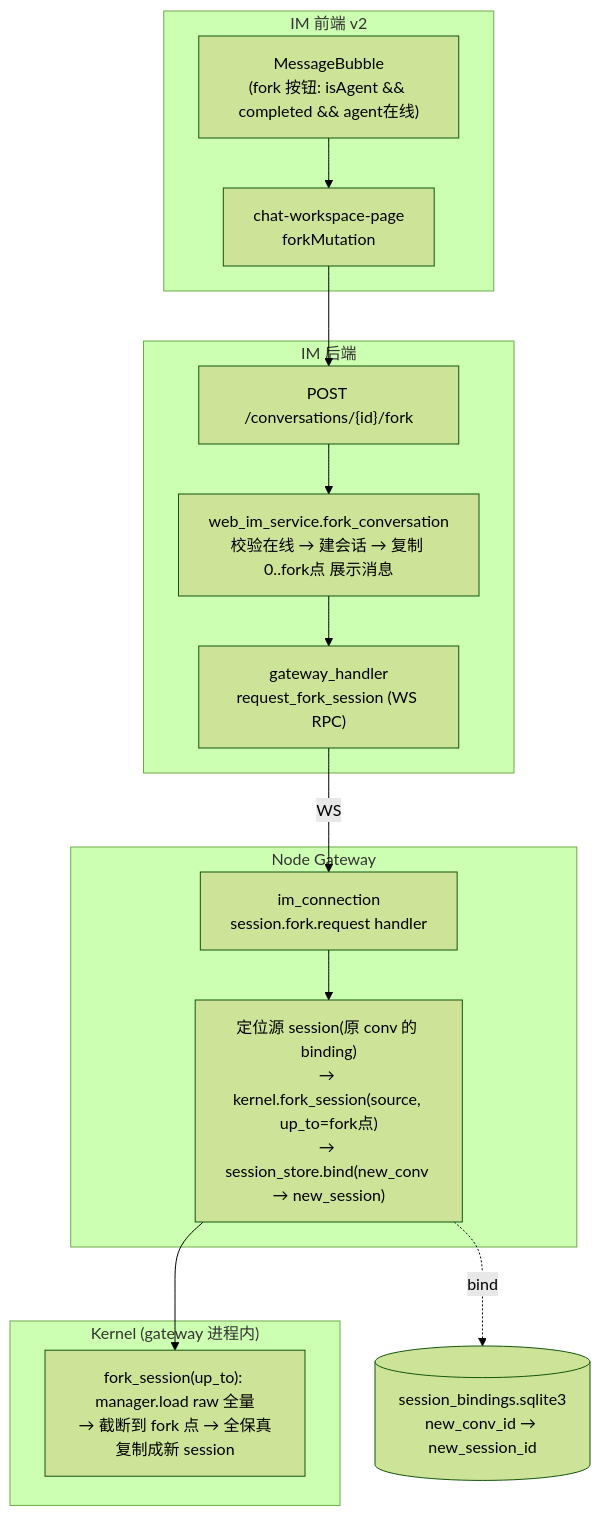
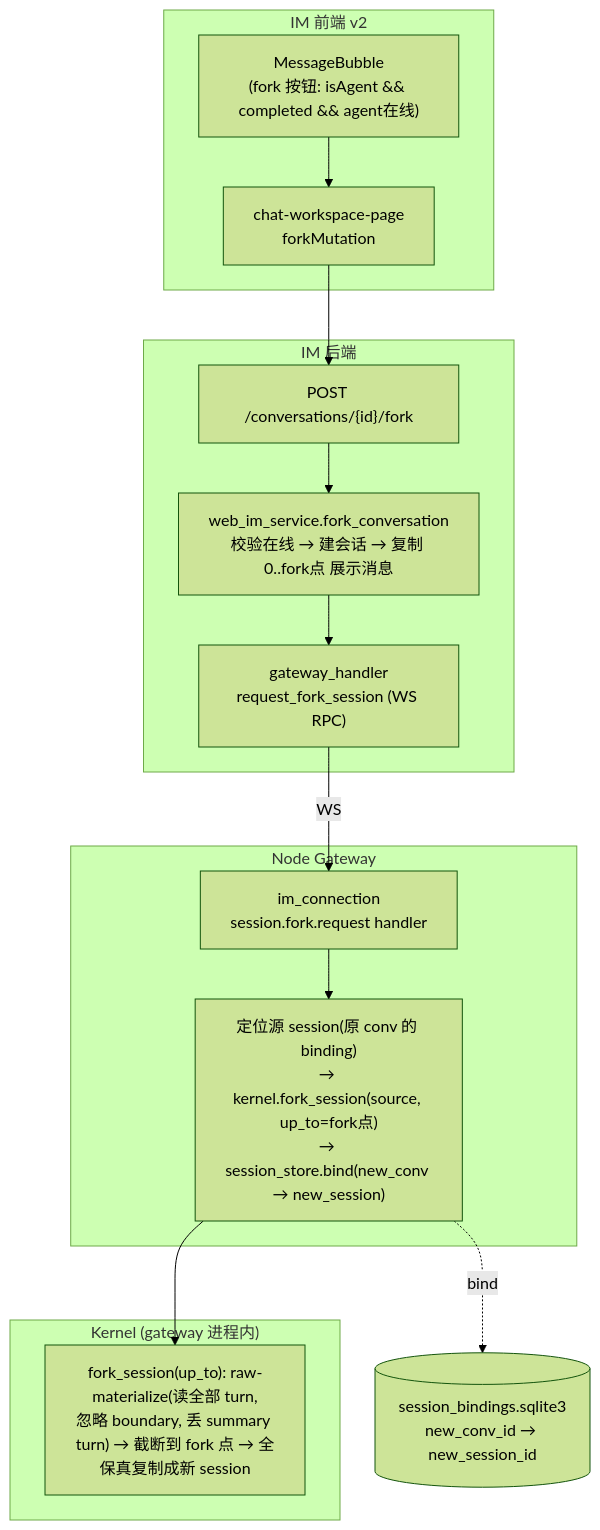
One commit to Mrchen116/nano-multiagent changed the first of 2 diagrams in docs/changes/feat-445-message-fork-branch/design.md. Above: the diagram before and after it, drawn with Mermaid (forest theme). The commit also changed other lines of this file and 2 other files, not shown here.

````diff
--- a/docs/changes/feat-445-message-fork-branch/design.md
+++ b/docs/changes/feat-445-message-fork-branch/design.md
@@ -67,21 +68,21 @@
 ```mermaid
 graph TB
   subgraph FE[IM 前端 v2]
     BUBBLE["MessageBubble<br/>(fork 按钮: isAgent && completed && agent在线)"]
     WS["chat-workspace-page<br/>forkMutation"]
   end
   subgraph IM[IM 后端]
     ROUTE["POST /conversations/{id}/fork"]
     SVC["web_im_service.fork_conversation<br/>校验在线 → 建会话 → 复制 0..fork点 展示消息"]
     GH["gateway_handler<br/>request_fork_session (WS RPC)"]
   end
   subgraph GW[Node Gateway]
     CONN["im_connection<br/>session.fork.request handler"]
     FORK["定位源 session(原 conv 的 binding)<br/>→ kernel.fork_session(source, up_to=fork点)<br/>→ session_store.bind(new_conv → new_session)"]
   end
   subgraph K["Kernel (gateway 进程内)"]
-    KAPI["fork_session(up_to): manager.load raw 全量<br/>→ 截断到 fork 点 → 全保真复制成新 session"]
+    KAPI["fork_session(up_to): raw-materialize(读全部 turn,<br/>忽略 boundary, 丢 summary turn) → 截断到 fork 点 → 全保真复制成新 session"]
   end
   BUBBLE --> WS --> ROUTE --> SVC --> GH -->|WS| CONN --> FORK --> KAPI
   FORK -.bind.-> BIND[("session_bindings.sqlite3<br/>new_conv_id → new_session_id")]
 ```
````
